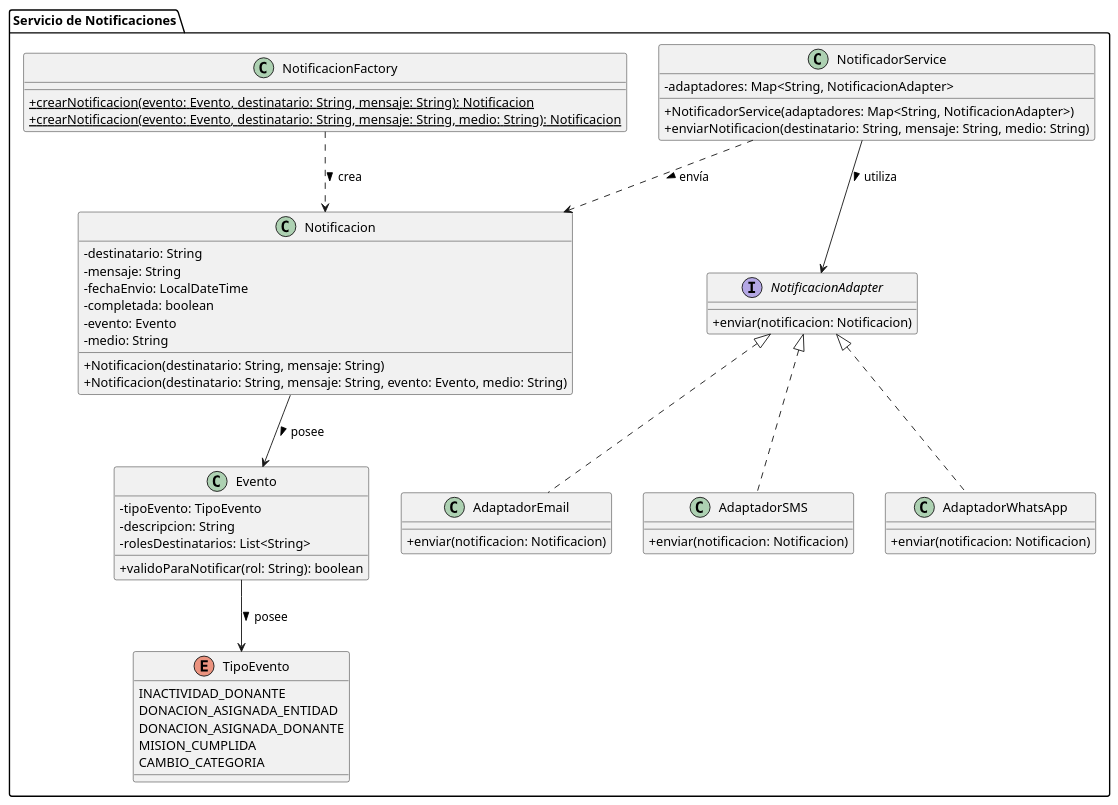
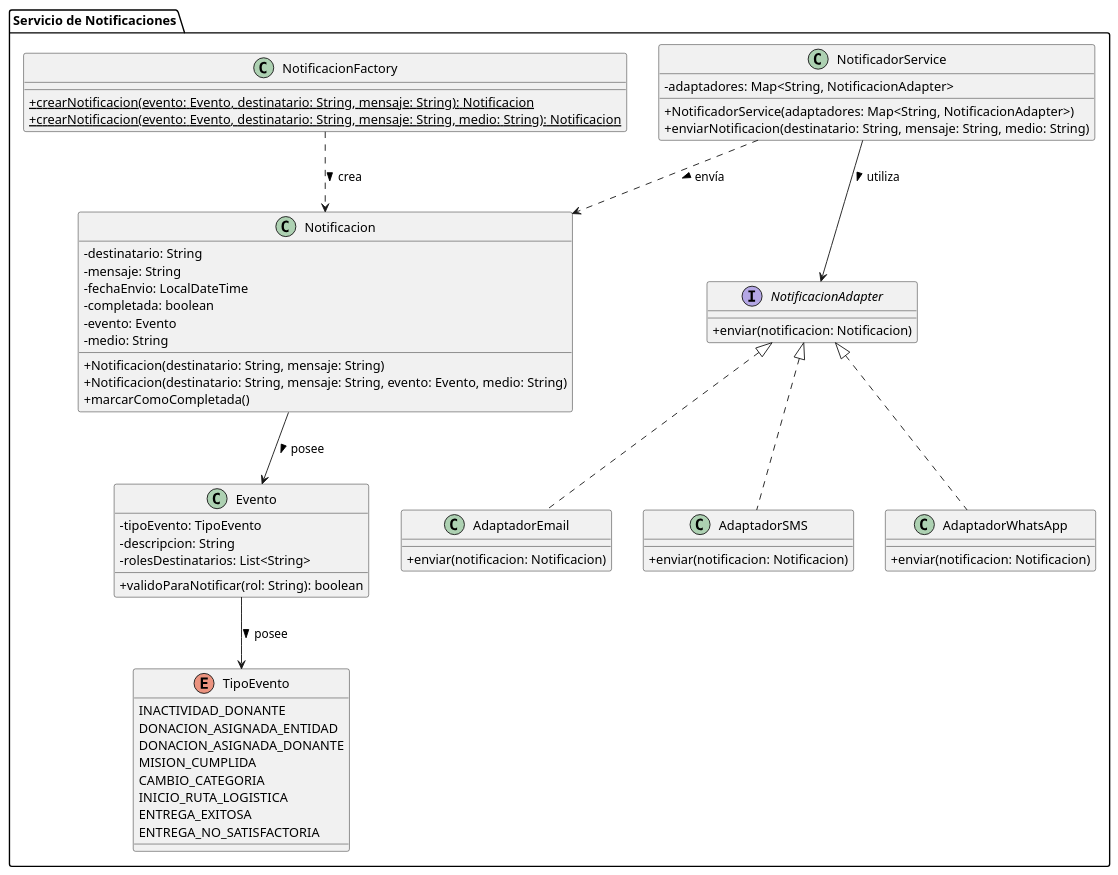
The diagram in diagramas/notificaciones/ServicioNotificaciones.puml (matefernandezcc/DonaTrack), drawn with PlantUML before and after one commit. The commit also changed 5 other files, not shown here.

Commit message:
📝 DCs: Diagramas de Clase por servicio

```diff
--- a/diagramas/notificaciones/ServicioNotificaciones.puml
+++ b/diagramas/notificaciones/ServicioNotificaciones.puml
@@ -1,68 +1,73 @@
-@startuml ServicioNotificaciones.puml
+@startuml DonaTrack_ServicioNotificaciones_DiagramaClases
 skinparam classAttributeIconSize 0
 
 package "Servicio de Notificaciones" {
 
     class NotificadorService {
         - adaptadores: Map<String, NotificacionAdapter>
         + NotificadorService(adaptadores: Map<String, NotificacionAdapter>)
         + enviarNotificacion(destinatario: String, mensaje: String, medio: String)
     }
 
     enum TipoEvento {
         INACTIVIDAD_DONANTE
         DONACION_ASIGNADA_ENTIDAD
         DONACION_ASIGNADA_DONANTE
         MISION_CUMPLIDA
         CAMBIO_CATEGORIA
+        ' --- Agregados de la Entrega 3 ---
+        INICIO_RUTA_LOGISTICA
+        ENTREGA_EXITOSA
+        ENTREGA_NO_SATISFACTORIA
     }
 
     class Evento {
         - tipoEvento: TipoEvento
         - descripcion: String
         - rolesDestinatarios: List<String>
         + validoParaNotificar(rol: String): boolean
     }
 
     class NotificacionFactory {
         + {static} crearNotificacion(evento: Evento, destinatario: String, mensaje: String): Notificacion
         + {static} crearNotificacion(evento: Evento, destinatario: String, mensaje: String, medio: String): Notificacion
     }
 
     class Notificacion {
         - destinatario: String
         - mensaje: String
         - fechaEnvio: LocalDateTime
         - completada: boolean
         - evento: Evento
         - medio: String
         + Notificacion(destinatario: String, mensaje: String)
         + Notificacion(destinatario: String, mensaje: String, evento: Evento, medio: String)
+        + marcarComoCompletada()
     }
 
     interface NotificacionAdapter {
         + enviar(notificacion: Notificacion)
     }
 
     class AdaptadorEmail implements NotificacionAdapter {
         + enviar(notificacion: Notificacion)
     }
 
     class AdaptadorSMS implements NotificacionAdapter {
         + enviar(notificacion: Notificacion)
     }
 
     class AdaptadorWhatsApp implements NotificacionAdapter {
         + enviar(notificacion: Notificacion)
     }
 
     ' Relaciones
     NotificadorService --> NotificacionAdapter : utiliza >
     NotificadorService ..> Notificacion : envía >
 
     NotificacionFactory ..> Notificacion : crea >
 
     Notificacion --> Evento : posee >
     Evento --> TipoEvento : posee >
 }
 @enduml
```
